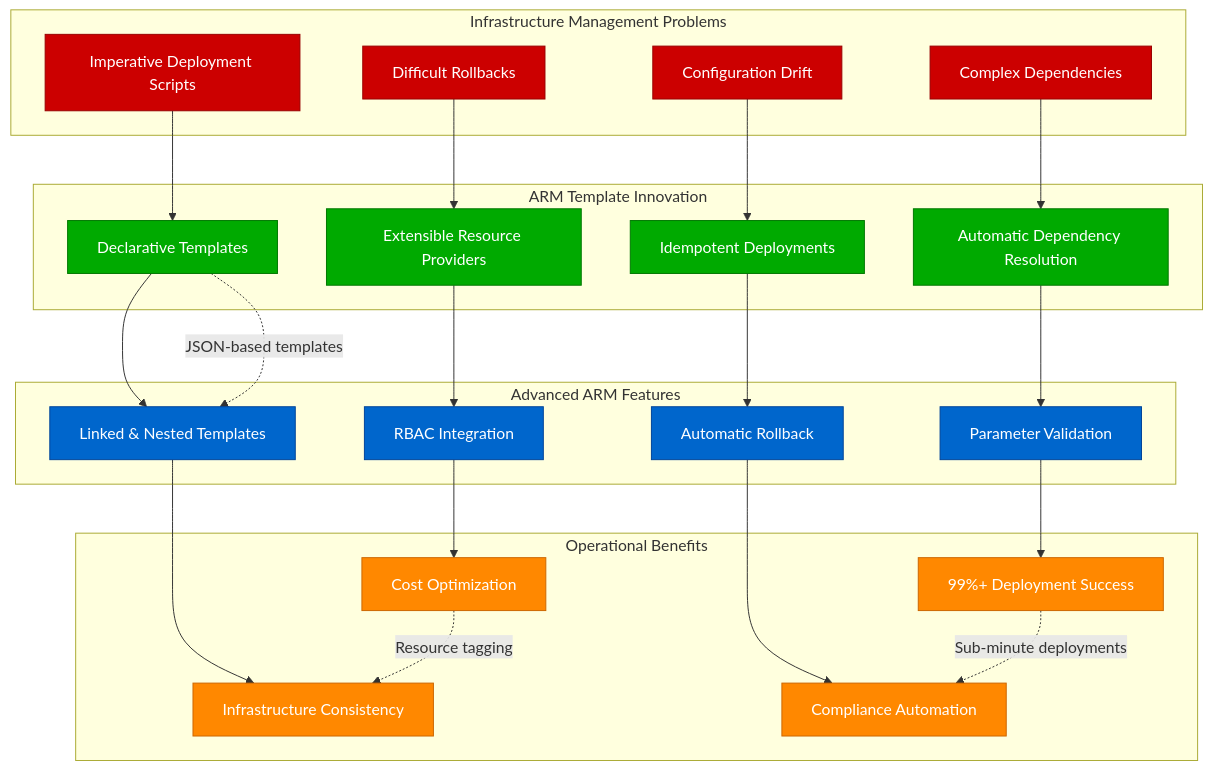
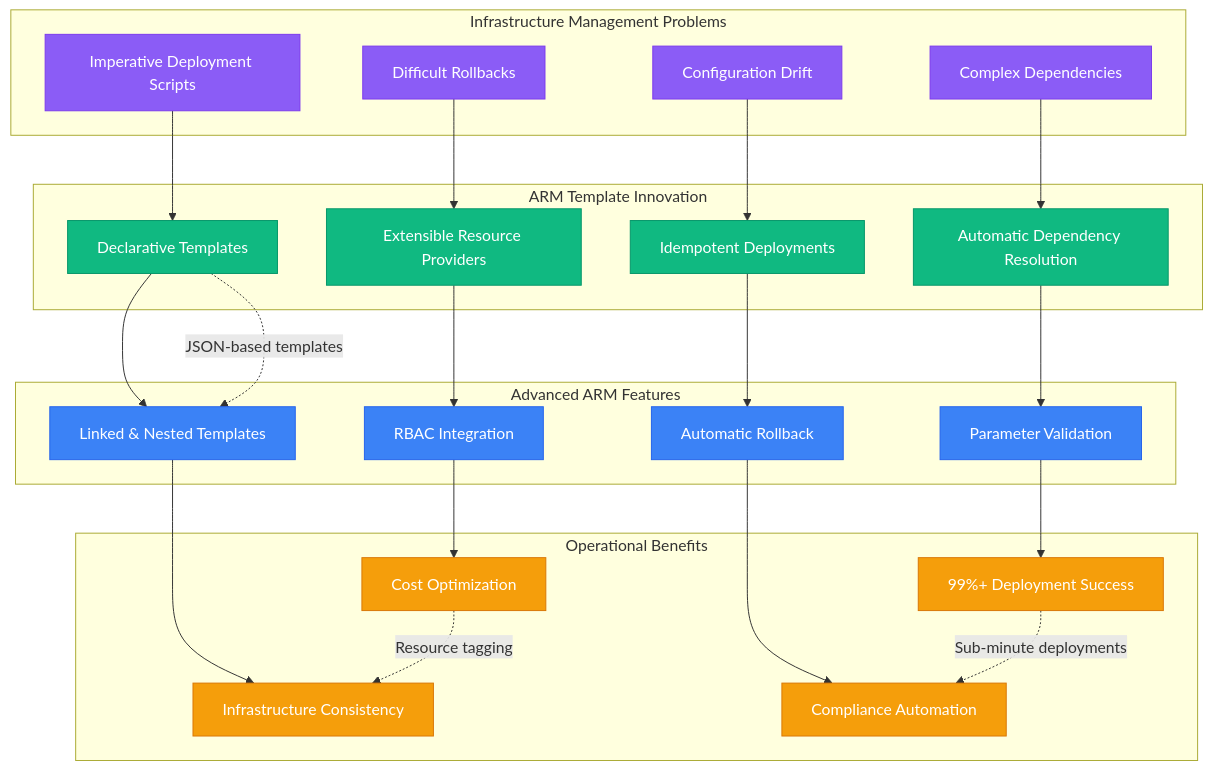
The fourth of 10 diagrams in site/docs/systems/microsoft/novel-solutions.md (deepaucksharma/DS), drawn with Mermaid before and after one commit. The commit also changed other lines of this file and 303 other files, not shown here.

````diff
--- a/site/docs/systems/microsoft/novel-solutions.md
+++ b/site/docs/systems/microsoft/novel-solutions.md
@@ -215,63 +215,63 @@
 ```mermaid
 graph TB
     subgraph InfrastructureProblem[Infrastructure Management Problems]
         IMPERATIVE_SCRIPTS[Imperative Deployment Scripts]
         DEPENDENCY_HELL[Complex Dependencies]
         STATE_DRIFT[Configuration Drift]
         ROLLBACK_COMPLEXITY[Difficult Rollbacks]
     end
 
     subgraph ARMSolution[ARM Template Innovation]
         DECLARATIVE_TEMPLATES[Declarative Templates]
         DEPENDENCY_GRAPH[Automatic Dependency Resolution]
         IDEMPOTENT_DEPLOYMENT[Idempotent Deployments]
         RESOURCE_PROVIDERS[Extensible Resource Providers]
     end
 
     subgraph ARMFeatures[Advanced ARM Features]
         LINKED_TEMPLATES[Linked & Nested Templates]
         PARAMETER_VALIDATION[Parameter Validation]
         ROLLBACK_MECHANISM[Automatic Rollback]
         RBAC_INTEGRATION[RBAC Integration]
     end
 
     subgraph OperationalBenefits[Operational Benefits]
         INFRASTRUCTURE_CONSISTENCY[Infrastructure Consistency]
         DEPLOYMENT_RELIABILITY[99%+ Deployment Success]
         COMPLIANCE_AUTOMATION[Compliance Automation]
         COST_OPTIMIZATION[Cost Optimization]
     end
 
     %% Problem to solution
     IMPERATIVE_SCRIPTS --> DECLARATIVE_TEMPLATES
     DEPENDENCY_HELL --> DEPENDENCY_GRAPH
     STATE_DRIFT --> IDEMPOTENT_DEPLOYMENT
     ROLLBACK_COMPLEXITY --> RESOURCE_PROVIDERS
 
     %% Solution to features
     DECLARATIVE_TEMPLATES --> LINKED_TEMPLATES
     DEPENDENCY_GRAPH --> PARAMETER_VALIDATION
     IDEMPOTENT_DEPLOYMENT --> ROLLBACK_MECHANISM
     RESOURCE_PROVIDERS --> RBAC_INTEGRATION
 
     %% Features to benefits
     LINKED_TEMPLATES --> INFRASTRUCTURE_CONSISTENCY
     PARAMETER_VALIDATION --> DEPLOYMENT_RELIABILITY
     ROLLBACK_MECHANISM --> COMPLIANCE_AUTOMATION
     RBAC_INTEGRATION --> COST_OPTIMIZATION
 
     %% Success metrics
     DECLARATIVE_TEMPLATES -.->|"JSON-based templates"| LINKED_TEMPLATES
     DEPLOYMENT_RELIABILITY -.->|"Sub-minute deployments"| COMPLIANCE_AUTOMATION
     COST_OPTIMIZATION -.->|"Resource tagging"| INFRASTRUCTURE_CONSISTENCY
 
-    classDef problemStyle fill:#CC0000,stroke:#990000,color:#fff
-    classDef solutionStyle fill:#00AA00,stroke:#007700,color:#fff
-    classDef featureStyle fill:#0066CC,stroke:#004499,color:#fff
-    classDef benefitStyle fill:#FF8800,stroke:#CC6600,color:#fff
+    classDef problemStyle fill:#8B5CF6,stroke:#7C3AED,color:#fff
+    classDef solutionStyle fill:#10B981,stroke:#059669,color:#fff
+    classDef featureStyle fill:#3B82F6,stroke:#2563EB,color:#fff
+    classDef benefitStyle fill:#F59E0B,stroke:#D97706,color:#fff
 
     class IMPERATIVE_SCRIPTS,DEPENDENCY_HELL,STATE_DRIFT,ROLLBACK_COMPLEXITY problemStyle
     class DECLARATIVE_TEMPLATES,DEPENDENCY_GRAPH,IDEMPOTENT_DEPLOYMENT,RESOURCE_PROVIDERS solutionStyle
     class LINKED_TEMPLATES,PARAMETER_VALIDATION,ROLLBACK_MECHANISM,RBAC_INTEGRATION featureStyle
     class INFRASTRUCTURE_CONSISTENCY,DEPLOYMENT_RELIABILITY,COMPLIANCE_AUTOMATION,COST_OPTIMIZATION benefitStyle
 ```
````
